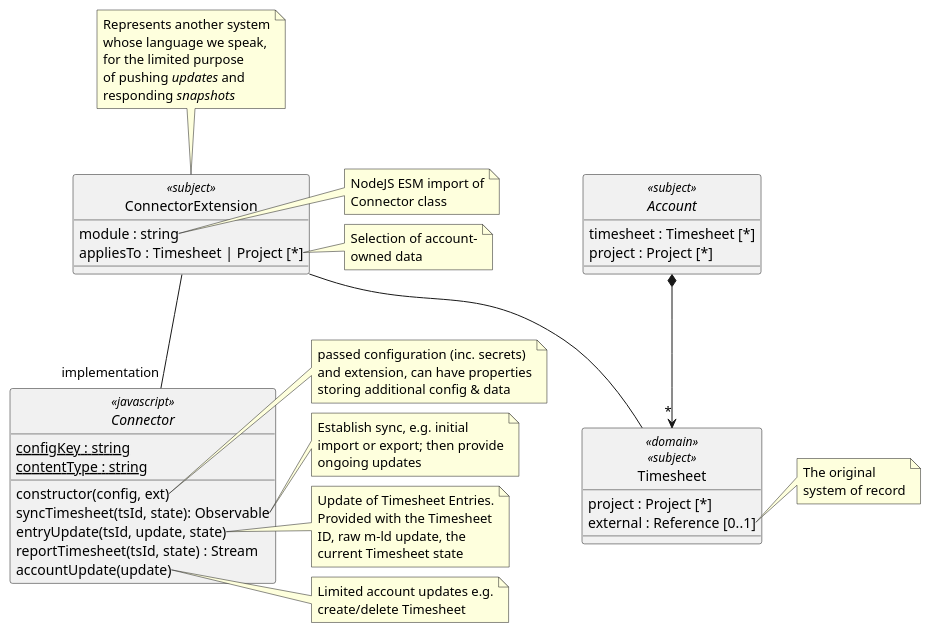
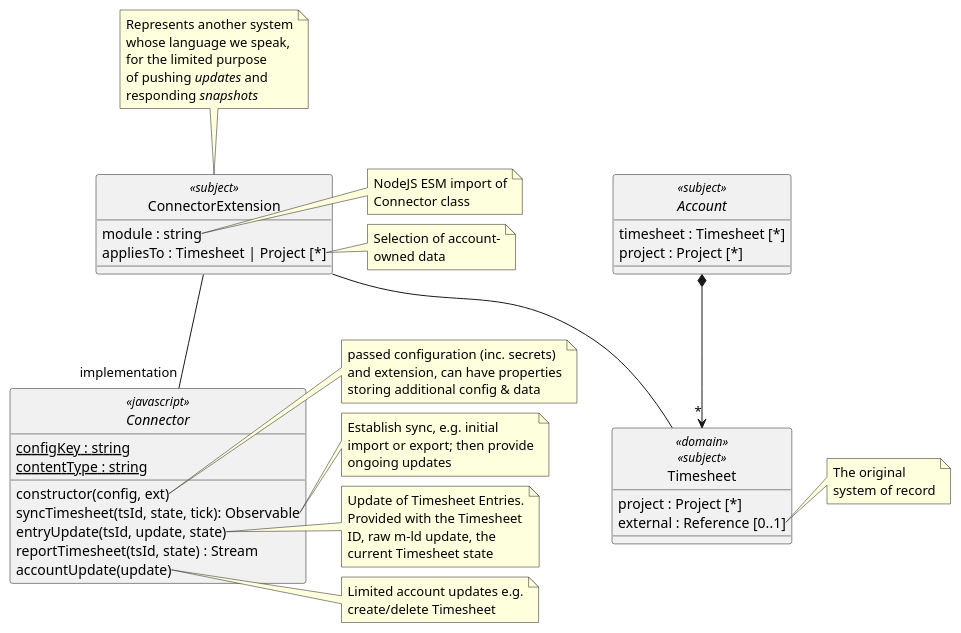
The diagram in architecture/integration/connector.class.puml (m-ld/timeld), drawn with PlantUML before and after one commit. The commit also changed 8 other files, not shown here.

```diff
--- a/architecture/integration/connector.class.puml
+++ b/architecture/integration/connector.class.puml
@@ -1,82 +1,82 @@
 @startuml
 'https://plantuml.com/class-diagram
 
 hide circle
 allowmixing
 
 abstract class Account <<subject>> {
   timesheet : Timesheet [*]
   project : Project [*]
 }
 
 class Timesheet <<domain>> <<subject>> {
   project : Project [*]
   external : Reference [0..1]
 }
 note right of Timesheet::external
   The original
   system of record
 end note
 
 Account *--> "*" Timesheet
 
 class ConnectorExtension <<subject>> {
   module : string
   appliesTo : Timesheet | Project [*]
 }
 note top of ConnectorExtension
   Represents another system
   whose language we speak,
   for the limited purpose
   of pushing //updates// and
   responding //snapshots//
 end note
 
 note right of ConnectorExtension::module
   NodeJS ESM import of
   Connector class
 end note
 
 note right of ConnectorExtension::appliesTo
   Selection of account-
   owned data
 end note
 
 ConnectorExtension -- Timesheet
 
 abstract class Connector <<javascript>> {
   {static} configKey : string
   {static} contentType : string
   constructor(config, ext)
-  syncTimesheet(tsId, state): Observable
+  syncTimesheet(tsId, state, tick): Observable
   entryUpdate(tsId, update, state)
   reportTimesheet(tsId, state) : Stream
   accountUpdate(update)
 }
 note right of Connector::constructor
   passed configuration (inc. secrets)
   and extension, can have properties
   storing additional config & data
 end note
 
 note right of Connector::syncTimesheet
   Establish sync, e.g. initial
   import or export; then provide
   ongoing updates
 end note
 
 note right of Connector::entryUpdate
   Update of Timesheet Entries.
   Provided with the Timesheet
   ID, raw m-ld update, the
   current Timesheet state
 end note
 
 note right of Connector::accountUpdate
   Limited account updates e.g.
   create/delete Timesheet
 end note
 
 ConnectorExtension -- "implementation" Connector
 
 @enduml
```
